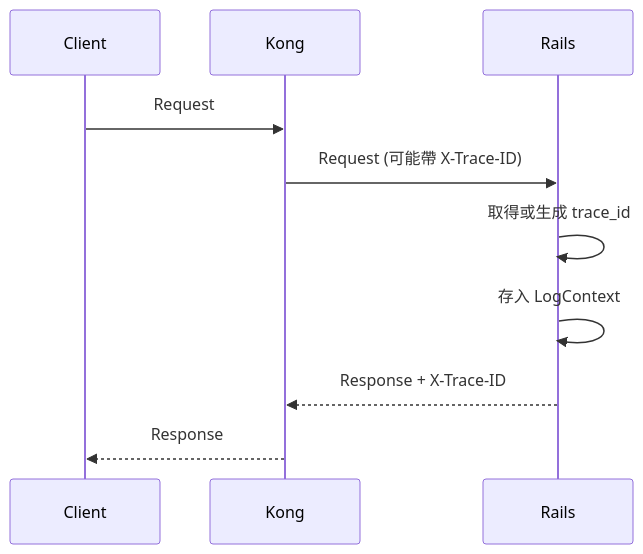
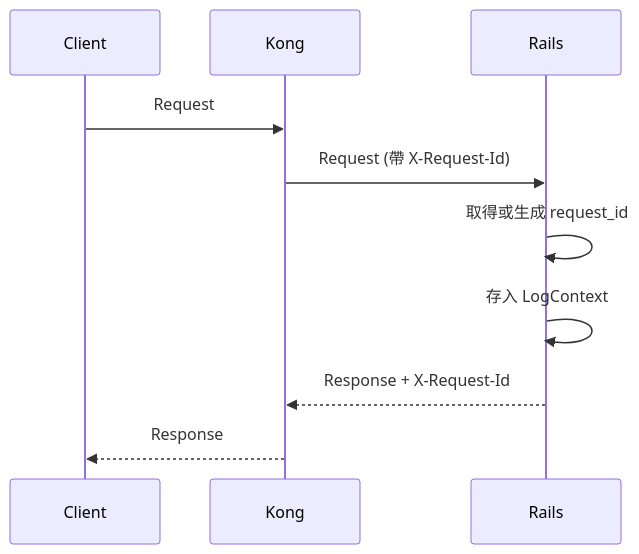
Before and after one commit to lmanliang/h8: the fourth of 5 diagrams in docs/core-plugin/logging/logging.md, drawn with Mermaid. The commit also changed other lines of this file and 2 other files, not shown here.

````diff
--- a/docs/core-plugin/logging/logging.md
+++ b/docs/core-plugin/logging/logging.md
@@ -274,13 +274,13 @@
 ```mermaid
 sequenceDiagram
     participant Client
     participant Kong
     participant Rails
     
     Client->>Kong: Request
-    Kong->>Rails: Request (可能帶 X-Trace-ID)
-    Rails->>Rails: 取得或生成 trace_id
+    Kong->>Rails: Request (帶 X-Request-Id)
+    Rails->>Rails: 取得或生成 request_id
     Rails->>Rails: 存入 LogContext
-    Rails-->>Kong: Response + X-Trace-ID
+    Rails-->>Kong: Response + X-Request-Id
     Kong-->>Client: Response
 ```
````
